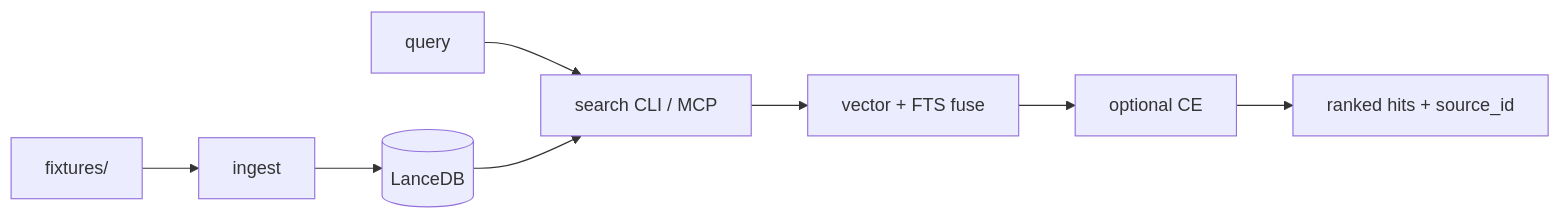
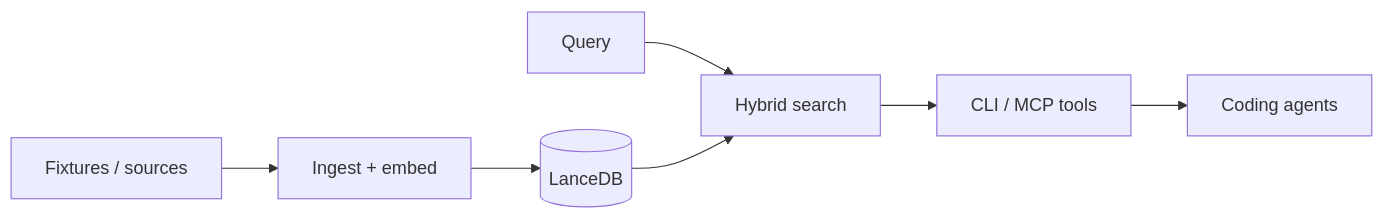
The diagram in README.md (Alpha-W0lf/ai-knowledge-base-public), drawn with Mermaid before and after one commit. The commit also changed other lines of this file and 2 other files, not shown here.

First line of the commit message:
Ship sales-first README with fixtures-labeled pipeline proof card.

````diff
--- a/README.md
+++ b/README.md
@@ -45,10 +15,9 @@
 ```mermaid
 flowchart LR
-  fixtures[fixtures/] --> ingest[ingest]
-  ingest --> lancedb[(LanceDB)]
-  q[query] --> search[search CLI / MCP]
-  lancedb --> search
-  search --> fusion[vector + FTS fuse]
-  fusion --> ce[optional CE]
-  ce --> hits[ranked hits + source_id]
+  F[Fixtures / sources] --> I[Ingest + embed]
+  I --> D[(LanceDB)]
+  Q[Query] --> S[Hybrid search]
+  D --> S
+  S --> M[CLI / MCP tools]
+  M --> A[Coding agents]
 ```
````
